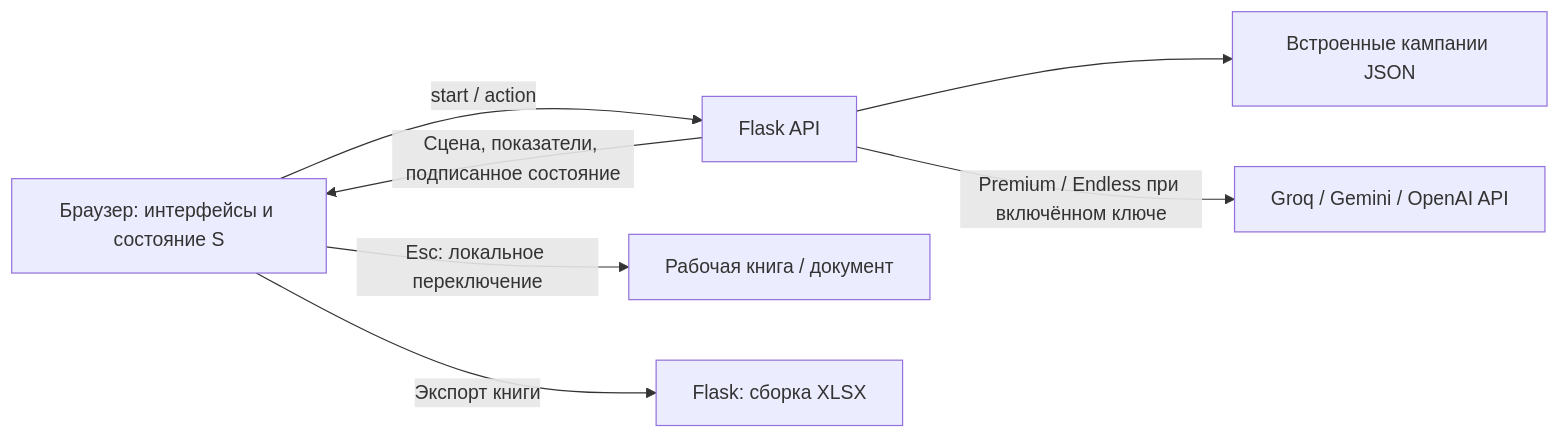
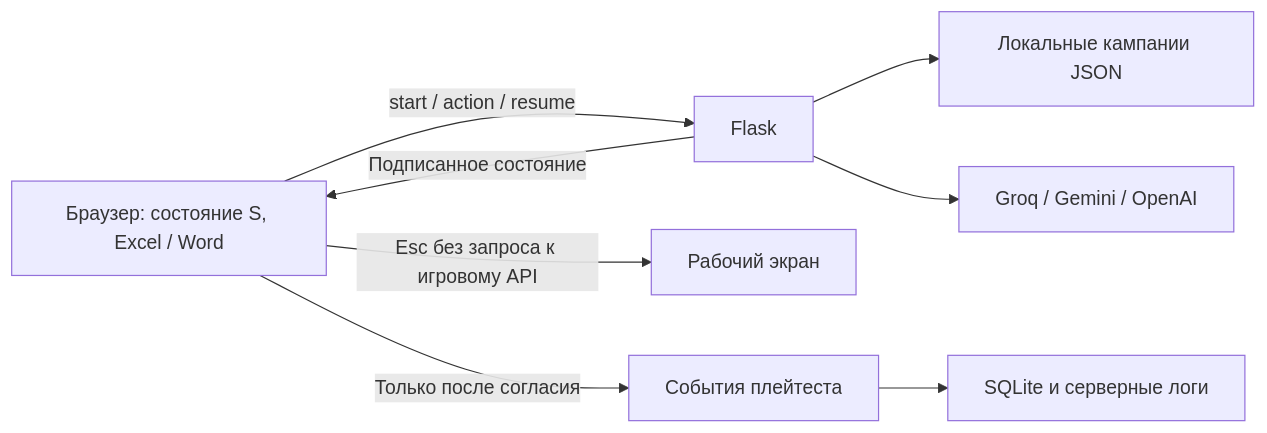
One commit to ruslan-berkin/project4businesscup2.0 changed the diagram in README.md. Above: the diagram before and after it, drawn with Mermaid. The commit also changed other lines of this file and 25 other files, not shown here.

````diff
--- a/README.md
+++ b/README.md
@@ -317,9 +69,10 @@
 ```mermaid
 flowchart LR
-    A[Браузер: интерфейсы и состояние S] -->|start / action| B[Flask API]
-    B --> C[Встроенные кампании JSON]
-    B -->|Premium / Endless при включённом ключе| D[Groq / Gemini / OpenAI API]
-    B -->|Сцена, показатели, подписанное состояние| A
-    A -->|Esc: локальное переключение| E[Рабочая книга / документ]
-    A -->|Экспорт книги| F[Flask: сборка XLSX]
+    UI[Браузер: состояние S, Excel / Word] -->|start / action / resume| API[Flask]
+    API --> Stories[Локальные кампании JSON]
+    API --> AI[Groq / Gemini / OpenAI]
+    API -->|Подписанное состояние| UI
+    UI -->|Esc без запроса к игровому API| Work[Рабочий экран]
+    UI -->|Только после согласия| Research[События плейтеста]
+    Research --> Store[SQLite и серверные логи]
 ```
````
